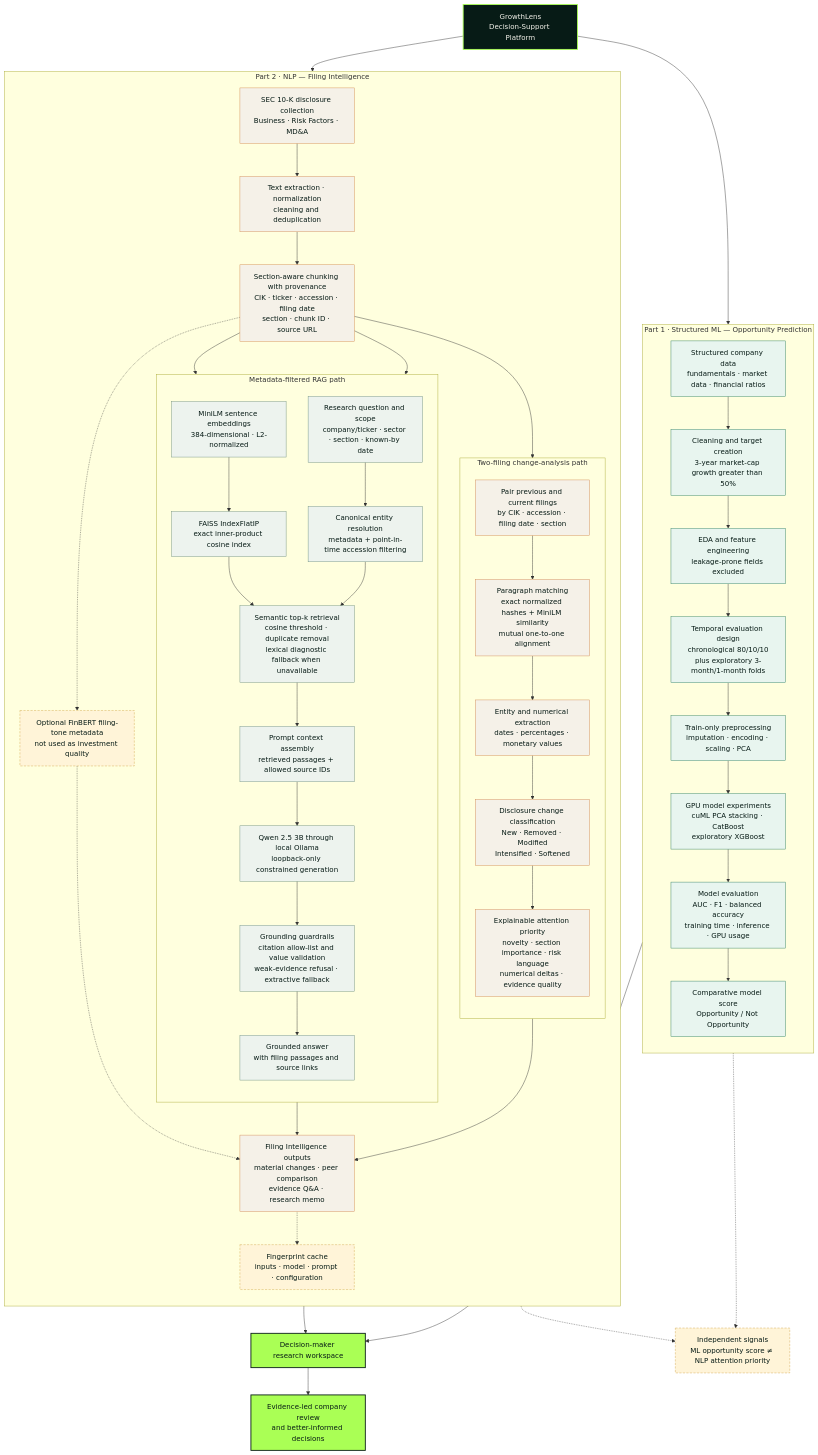
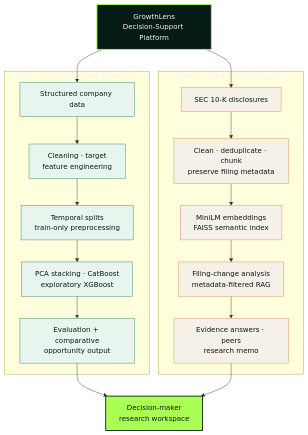
Before and after one commit to altayariyasser/GrowthLens_Project: the first of 2 diagrams in README.md, drawn with Mermaid. The commit also changed other lines of this file, not shown here.

Commit message:
Simplify architecture and add focused RAG flow

````diff
--- a/README.md
+++ b/README.md
@@ -37,89 +35,32 @@
 ```mermaid
 flowchart TB
-    PLATFORM["GrowthLens<br/>Decision-Support Platform"]
+    P["GrowthLens<br/>Decision-Support Platform"]
 
-    subgraph ML["Part 1 · Structured ML — Opportunity Prediction"]
-        direction TB
-        ML_DATA["Structured company data<br/>fundamentals · market data · financial ratios"]
-        ML_TARGET["Cleaning and target creation<br/>3-year market-cap growth greater than 50%"]
-        ML_FEATURES["EDA and feature engineering<br/>leakage-prone fields excluded"]
-        ML_SPLITS["Temporal evaluation design<br/>chronological 80/10/10<br/>plus exploratory 3-month/1-month folds"]
-        ML_PREP["Train-only preprocessing<br/>imputation · encoding · scaling · PCA"]
-        ML_MODELS["GPU model experiments<br/>cuML PCA stacking · CatBoost<br/>exploratory XGBoost"]
-        ML_EVAL["Model evaluation<br/>AUC · F1 · balanced accuracy<br/>training time · inference · GPU usage"]
-        ML_OUTPUT["Comparative model score<br/>Opportunity / Not Opportunity"]
-
-        ML_DATA --> ML_TARGET --> ML_FEATURES --> ML_SPLITS --> ML_PREP --> ML_MODELS --> ML_EVAL --> ML_OUTPUT
+    subgraph ML["Part 1 · ML Opportunity Prediction"]
+        M1["Structured company data"] --> M2["Cleaning · target<br/>feature engineering"]
+        M2 --> M3["Temporal splits<br/>train-only preprocessing"]
+        M3 --> M4["PCA stacking · CatBoost<br/>exploratory XGBoost"]
+        M4 --> M5["Evaluation + comparative<br/>opportunity output"]
     end
 
-    subgraph NLP["Part 2 · NLP — Filing Intelligence"]
-        direction TB
-        NLP_SOURCE["SEC 10-K disclosure collection<br/>Business · Risk Factors · MD&A"]
-        NLP_CLEAN["Text extraction · normalization<br/>cleaning and deduplication"]
-        NLP_CHUNKS["Section-aware chunking with provenance<br/>CIK · ticker · accession · filing date<br/>section · chunk ID · source URL"]
-
-        NLP_SOURCE --> NLP_CLEAN --> NLP_CHUNKS
-
-        subgraph CHANGE["Two-filing change-analysis path"]
-            direction TB
-            NLP_PAIR["Pair previous and current filings<br/>by CIK · accession · filing date · section"]
-            NLP_ALIGN["Paragraph matching<br/>exact normalized hashes + MiniLM similarity<br/>mutual one-to-one alignment"]
-            NLP_EXTRACT["Entity and numerical extraction<br/>dates · percentages · monetary values"]
-            NLP_CHANGE["Disclosure change classification<br/>New · Removed · Modified<br/>Intensified · Softened"]
-            NLP_PRIORITY["Explainable attention priority<br/>novelty · section importance · risk language<br/>numerical deltas · evidence quality"]
-
-            NLP_PAIR --> NLP_ALIGN --> NLP_EXTRACT --> NLP_CHANGE --> NLP_PRIORITY
-        end
-
-        subgraph RAG["Metadata-filtered RAG path"]
-            direction TB
-            NLP_EMBED["MiniLM sentence embeddings<br/>384-dimensional · L2-normalized"]
-            NLP_INDEX["FAISS IndexFlatIP<br/>exact inner-product cosine index"]
-            NLP_QUERY["Research question and scope<br/>company/ticker · sector · section · known-by date"]
-            NLP_FILTER["Canonical entity resolution<br/>metadata + point-in-time accession filtering"]
-            NLP_SEARCH["Semantic top-k retrieval<br/>cosine threshold · duplicate removal<br/>lexical diagnostic fallback when unavailable"]
-            NLP_CONTEXT["Prompt context assembly<br/>retrieved passages + allowed source IDs"]
-            NLP_QWEN["Qwen 2.5 3B through local Ollama<br/>loopback-only constrained generation"]
-            NLP_GUARD["Grounding guardrails<br/>citation allow-list and value validation<br/>weak-evidence refusal · extractive fallback"]
-            NLP_ANSWER["Grounded answer<br/>with filing passages and source links"]
-
-            NLP_EMBED --> NLP_INDEX --> NLP_SEARCH
-            NLP_QUERY --> NLP_FILTER --> NLP_SEARCH
-            NLP_SEARCH --> NLP_CONTEXT --> NLP_QWEN --> NLP_GUARD --> NLP_ANSWER
-        end
-
-        NLP_CHUNKS --> NLP_PAIR
-        NLP_CHUNKS --> NLP_EMBED
-        NLP_CHUNKS --> NLP_FILTER
-        NLP_CHUNKS -.-> NLP_TONE["Optional FinBERT filing-tone metadata<br/>not used as investment quality"]
-
-        NLP_PRIORITY --> NLP_OUTPUTS["Filing Intelligence outputs<br/>material changes · peer comparison<br/>evidence Q&A · research memo"]
-        NLP_ANSWER --> NLP_OUTPUTS
-        NLP_TONE -.-> NLP_OUTPUTS
-        NLP_OUTPUTS -.-> NLP_CACHE["Fingerprint cache<br/>inputs · model · prompt · configuration"]
+    subgraph NLP["Part 2 · NLP Filing Intelligence"]
+        N1["SEC 10-K disclosures"] --> N2["Clean · deduplicate · chunk<br/>preserve filing metadata"]
+        N2 --> N3["MiniLM embeddings<br/>FAISS semantic index"]
+        N3 --> N4["Filing-change analysis<br/>metadata-filtered RAG"]
+        N4 --> N5["Evidence answers · peers<br/>research memo"]
     end
 
-    PLATFORM --> ML_DATA
-    PLATFORM --> NLP_SOURCE
+    P --> M1
+    P --> N1
+    M5 --> W["Decision-maker<br/>research workspace"]
+    N5 --> W
 
-    ML_OUTPUT --> WORKSPACE["Decision-maker research workspace"]
-    NLP_OUTPUTS --> WORKSPACE
-    WORKSPACE --> OUTCOME["Evidence-led company review<br/>and better-informed decisions"]
-
-    ML_OUTPUT -.-> SEPARATION["Independent signals<br/>ML opportunity score ≠ NLP attention priority"]
-    NLP_PRIORITY -.-> SEPARATION
-
-    classDef platform fill:#071b16,color:#f5f3eb,stroke:#aaff55,stroke-width:2px;
-    classDef ml fill:#e8f5ef,color:#071b16,stroke:#2f7f62,stroke-width:1px;
-    classDef nlp fill:#f5f1e8,color:#071b16,stroke:#d28b52,stroke-width:1px;
-    classDef rag fill:#edf3ee,color:#071b16,stroke:#6f8f80,stroke-width:1px;
-    classDef decision fill:#aaff55,color:#071b16,stroke:#071b16,stroke-width:2px;
-    classDef note fill:#fff4d8,color:#071b16,stroke:#d2a64b,stroke-dasharray:5 3;
-
-    class PLATFORM platform;
-    class ML_DATA,ML_TARGET,ML_FEATURES,ML_SPLITS,ML_PREP,ML_MODELS,ML_EVAL,ML_OUTPUT ml;
-    class NLP_SOURCE,NLP_CLEAN,NLP_CHUNKS,NLP_PAIR,NLP_ALIGN,NLP_EXTRACT,NLP_CHANGE,NLP_PRIORITY,NLP_OUTPUTS nlp;
-    class NLP_EMBED,NLP_INDEX,NLP_QUERY,NLP_FILTER,NLP_SEARCH,NLP_CONTEXT,NLP_QWEN,NLP_GUARD,NLP_ANSWER rag;
-    class WORKSPACE,OUTCOME decision;
-    class SEPARATION,NLP_TONE,NLP_CACHE note;
+    classDef root fill:#071b16,color:#f5f3eb,stroke:#aaff55,stroke-width:2px;
+    classDef ml fill:#e8f5ef,color:#071b16,stroke:#2f7f62;
+    classDef nlp fill:#f5f1e8,color:#071b16,stroke:#d28b52;
+    classDef out fill:#aaff55,color:#071b16,stroke:#071b16,stroke-width:2px;
+    class P root;
+    class M1,M2,M3,M4,M5 ml;
+    class N1,N2,N3,N4,N5 nlp;
+    class W out;
 ```
````
